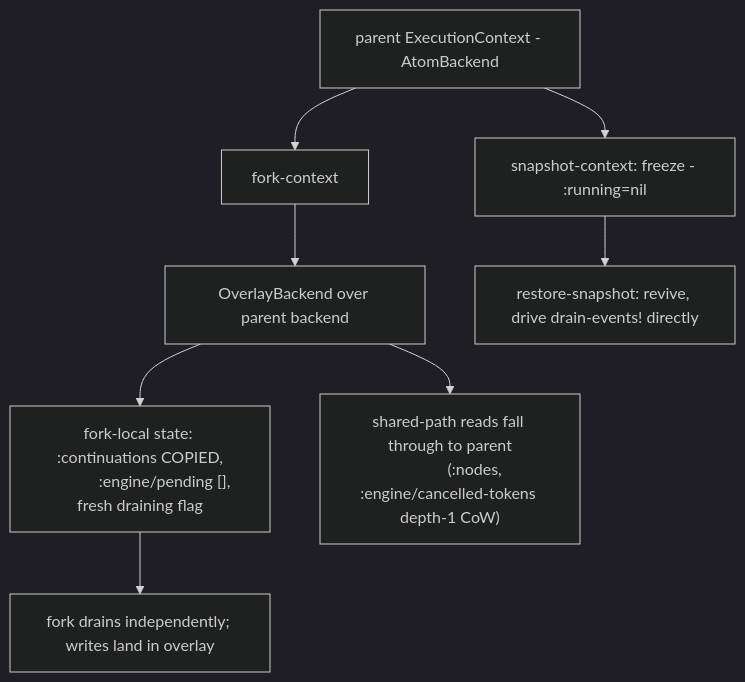
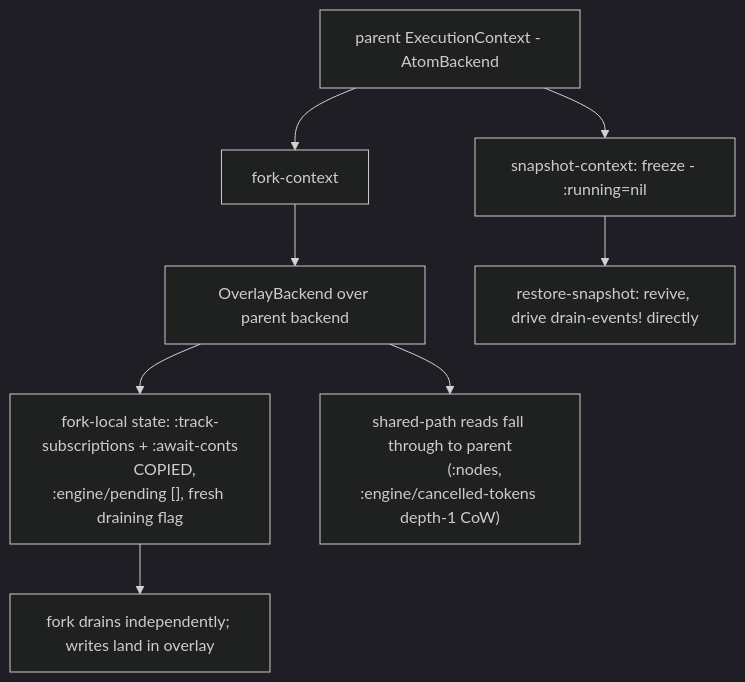
One commit to replikativ/spindel changed the seventh of 7 diagrams in docs/engine-formalism.md. Above: the diagram before and after it, drawn with Mermaid (dark theme). The commit also changed other lines of this file and 4 other files, not shown here.

````diff
--- a/docs/engine-formalism.md
+++ b/docs/engine-formalism.md
@@ -717,12 +753,12 @@
 ```mermaid
 flowchart TD
     A[parent ExecutionContext - AtomBackend] --> B[fork-context]
     B --> C["OverlayBackend over parent backend"]
-    C --> D["fork-local state: :continuations COPIED,
-             :engine/pending [], fresh draining flag"]
+    C --> D["fork-local state: :track-subscriptions + :await-conts
+             COPIED, :engine/pending [], fresh draining flag"]
     C --> E["shared-path reads fall through to parent
              (:nodes, :engine/cancelled-tokens depth-1 CoW)"]
     D --> F[fork drains independently; writes land in overlay]
     A --> G[snapshot-context: freeze - :running=nil]
     G --> H[restore-snapshot: revive, drive drain-events! directly]
 ```
````
